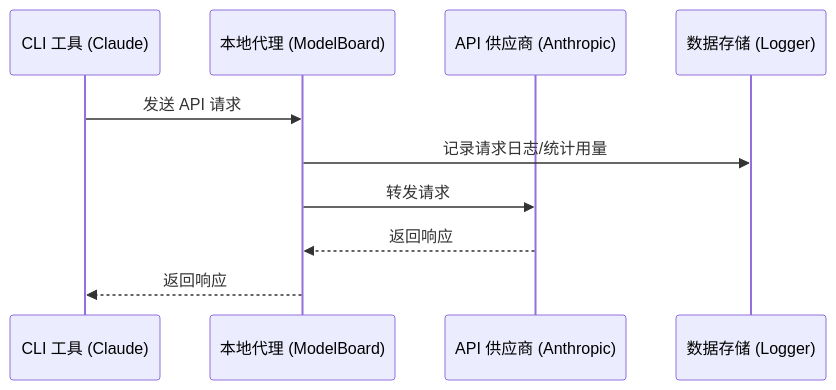
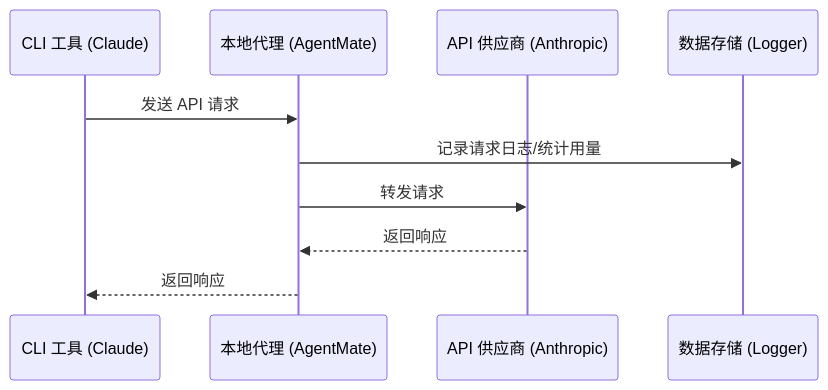
One commit to peter123023/AgentMate changed the diagram in docs/user-manual/zh/4-proxy/4.1-service.md. Above: the diagram before and after it, drawn with Mermaid. The commit also changed other lines of this file and 256 other files, not shown here.

First line of the commit message:
rebrand: rename ModelBoard to AgentMate

````diff
--- a/docs/user-manual/zh/4-proxy/4.1-service.md
+++ b/docs/user-manual/zh/4-proxy/4.1-service.md
@@ -116,13 +116,13 @@
 ```mermaid
 sequenceDiagram
     participant CLI as CLI 工具 (Claude)
-    participant Proxy as 本地代理 (ModelBoard)
+    participant Proxy as 本地代理 (AgentMate)
     participant API as API 供应商 (Anthropic)
     participant DB as 数据存储 (Logger)
 
     CLI->>Proxy: 发送 API 请求
     Proxy->>DB: 记录请求日志/统计用量
     Proxy->>API: 转发请求
     API-->>Proxy: 返回响应
     Proxy-->>CLI: 返回响应
 ```
````
